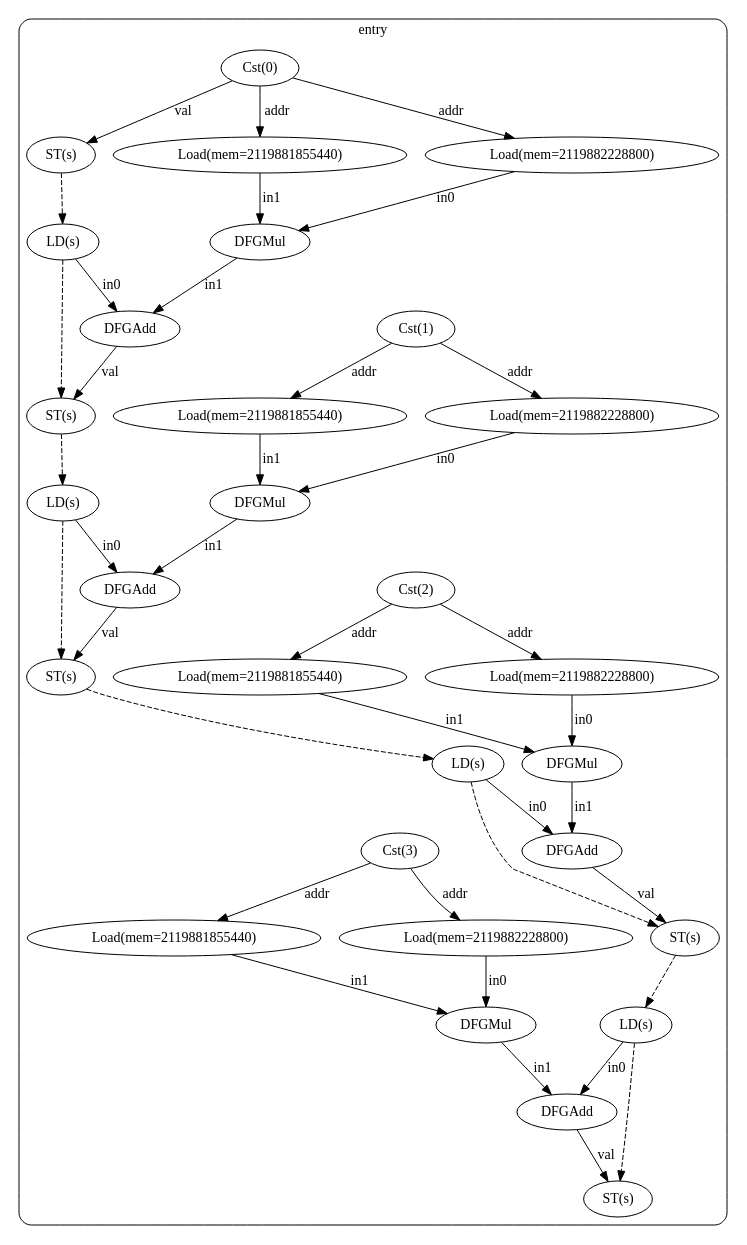
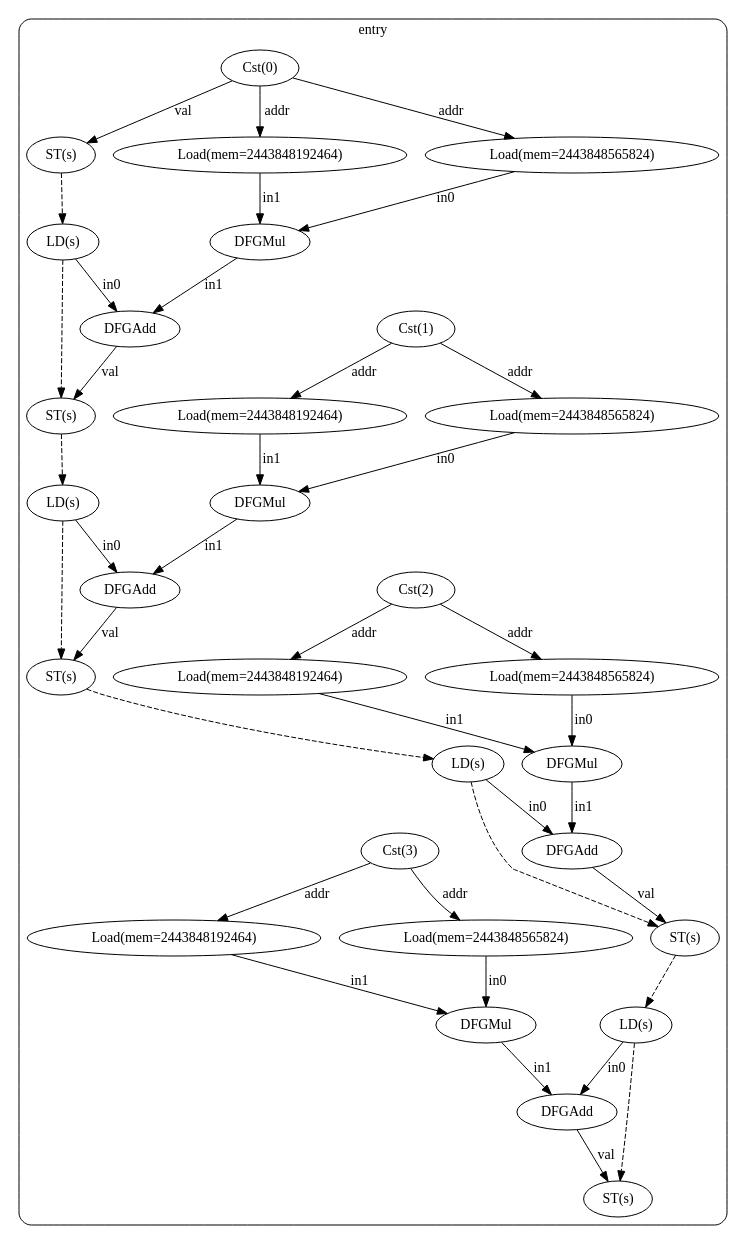
Before and after one commit to ma-carrillo/High-level-synthesis-assignment: the diagram in test13/cfg_with_dfg.dot, drawn with Graphviz. The commit also changed 11 other files, not shown here.

```diff
--- a/test13/cfg_with_dfg.dot
+++ b/test13/cfg_with_dfg.dot
@@ -1,73 +1,73 @@
 digraph "cfg" {
   compound=true;
   subgraph "cluster_bb0" {
     label="entry";
     style=rounded;
     bb0_n0 [label="Cst(0)"];
     bb0_n1 [label="ST(s)"];
     bb0_n2 [label="LD(s)"];
-    bb0_n3 [label="Load(mem=2119882228800)"];
-    bb0_n4 [label="Load(mem=2119881855440)"];
+    bb0_n3 [label="Load(mem=2443848565824)"];
+    bb0_n4 [label="Load(mem=2443848192464)"];
     bb0_n5 [label="DFGMul"];
     bb0_n6 [label="DFGAdd"];
     bb0_n7 [label="ST(s)"];
     bb0_n8 [label="LD(s)"];
     bb0_n9 [label="Cst(1)"];
-    bb0_n10 [label="Load(mem=2119882228800)"];
-    bb0_n11 [label="Load(mem=2119881855440)"];
+    bb0_n10 [label="Load(mem=2443848565824)"];
+    bb0_n11 [label="Load(mem=2443848192464)"];
     bb0_n12 [label="DFGMul"];
     bb0_n13 [label="DFGAdd"];
     bb0_n14 [label="ST(s)"];
     bb0_n15 [label="LD(s)"];
     bb0_n16 [label="Cst(2)"];
-    bb0_n17 [label="Load(mem=2119882228800)"];
-    bb0_n18 [label="Load(mem=2119881855440)"];
+    bb0_n17 [label="Load(mem=2443848565824)"];
+    bb0_n18 [label="Load(mem=2443848192464)"];
     bb0_n19 [label="DFGMul"];
     bb0_n20 [label="DFGAdd"];
     bb0_n21 [label="ST(s)"];
     bb0_n22 [label="LD(s)"];
     bb0_n23 [label="Cst(3)"];
-    bb0_n24 [label="Load(mem=2119882228800)"];
-    bb0_n25 [label="Load(mem=2119881855440)"];
+    bb0_n24 [label="Load(mem=2443848565824)"];
+    bb0_n25 [label="Load(mem=2443848192464)"];
     bb0_n26 [label="DFGMul"];
     bb0_n27 [label="DFGAdd"];
     bb0_n28 [label="ST(s)"];
     bb0_n0 -> bb0_n1 [label="val"];
     bb0_n0 -> bb0_n3 [label="addr"];
     bb0_n0 -> bb0_n4 [label="addr"];
     bb0_n1 -> bb0_n2 [style="dashed"];
     bb0_n2 -> bb0_n6 [label="in0"];
     bb0_n2 -> bb0_n7 [style="dashed"];
     bb0_n3 -> bb0_n5 [label="in0"];
     bb0_n4 -> bb0_n5 [label="in1"];
     bb0_n5 -> bb0_n6 [label="in1"];
     bb0_n6 -> bb0_n7 [label="val"];
     bb0_n7 -> bb0_n8 [style="dashed"];
     bb0_n8 -> bb0_n13 [label="in0"];
     bb0_n8 -> bb0_n14 [style="dashed"];
     bb0_n9 -> bb0_n10 [label="addr"];
     bb0_n9 -> bb0_n11 [label="addr"];
     bb0_n10 -> bb0_n12 [label="in0"];
     bb0_n11 -> bb0_n12 [label="in1"];
     bb0_n12 -> bb0_n13 [label="in1"];
     bb0_n13 -> bb0_n14 [label="val"];
     bb0_n14 -> bb0_n15 [style="dashed"];
     bb0_n15 -> bb0_n20 [label="in0"];
     bb0_n15 -> bb0_n21 [style="dashed"];
     bb0_n16 -> bb0_n17 [label="addr"];
     bb0_n16 -> bb0_n18 [label="addr"];
     bb0_n17 -> bb0_n19 [label="in0"];
     bb0_n18 -> bb0_n19 [label="in1"];
     bb0_n19 -> bb0_n20 [label="in1"];
     bb0_n20 -> bb0_n21 [label="val"];
     bb0_n21 -> bb0_n22 [style="dashed"];
     bb0_n22 -> bb0_n27 [label="in0"];
     bb0_n22 -> bb0_n28 [style="dashed"];
     bb0_n23 -> bb0_n24 [label="addr"];
     bb0_n23 -> bb0_n25 [label="addr"];
     bb0_n24 -> bb0_n26 [label="in0"];
     bb0_n25 -> bb0_n26 [label="in1"];
     bb0_n26 -> bb0_n27 [label="in1"];
     bb0_n27 -> bb0_n28 [label="val"];
   }
 }
```
